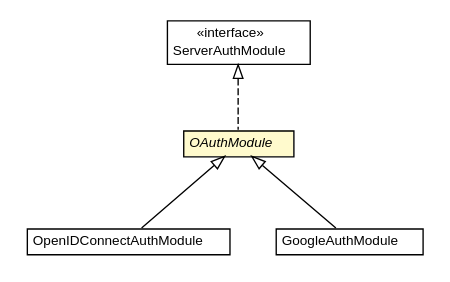
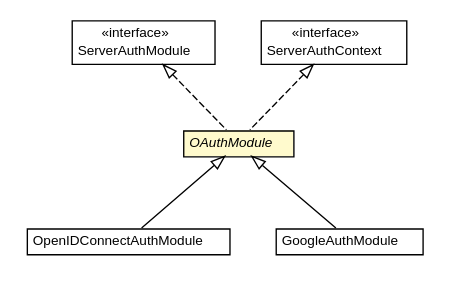
The diagram in apidocs/net/trajano/auth/OAuthModule.dot (trajano/server-auth-modules), drawn with Graphviz before and after one commit. The commit also changed 219 other files, not shown here.

```diff
--- a/apidocs/net/trajano/auth/OAuthModule.dot
+++ b/apidocs/net/trajano/auth/OAuthModule.dot
@@ -1,43 +1,52 @@
 #!/usr/local/bin/dot
 #
 # Class diagram 
 # Generated by UMLGraph version R5_6-24-gf6e263 (http://www.umlgraph.org/)
 #
 
 digraph G {
 	edge [fontname="Helvetica",fontsize=10,labelfontname="Helvetica",labelfontsize=10];
 	node [fontname="Helvetica",fontsize=10,shape=plaintext];
 	nodesep=0.25;
 	ranksep=0.5;
 	// net.trajano.auth.OAuthModule
-	c321 [label=<<table title="net.trajano.auth.OAuthModule" border="0" cellborder="1" cellspacing="0" cellpadding="2" port="p" bgcolor="lemonChiffon" href="./OAuthModule.html">
+	c462 [label=<<table title="net.trajano.auth.OAuthModule" border="0" cellborder="1" cellspacing="0" cellpadding="2" port="p" bgcolor="lemonChiffon" href="./OAuthModule.html">
 		<tr><td><table border="0" cellspacing="0" cellpadding="1">
 <tr><td align="center" balign="center"><font face="Helvetica-Oblique"> OAuthModule </font></td></tr>
 		</table></td></tr>
 		</table>>, URL="./OAuthModule.html", fontname="Helvetica", fontcolor="black", fontsize=10.0];
 	// net.trajano.auth.OpenIDConnectAuthModule
-	c322 [label=<<table title="net.trajano.auth.OpenIDConnectAuthModule" border="0" cellborder="1" cellspacing="0" cellpadding="2" port="p" href="./OpenIDConnectAuthModule.html">
+	c463 [label=<<table title="net.trajano.auth.OpenIDConnectAuthModule" border="0" cellborder="1" cellspacing="0" cellpadding="2" port="p" href="./OpenIDConnectAuthModule.html">
 		<tr><td><table border="0" cellspacing="0" cellpadding="1">
 <tr><td align="center" balign="center"> OpenIDConnectAuthModule </td></tr>
 		</table></td></tr>
 		</table>>, URL="./OpenIDConnectAuthModule.html", fontname="Helvetica", fontcolor="black", fontsize=10.0];
 	// net.trajano.auth.GoogleAuthModule
-	c323 [label=<<table title="net.trajano.auth.GoogleAuthModule" border="0" cellborder="1" cellspacing="0" cellpadding="2" port="p" href="./GoogleAuthModule.html">
+	c464 [label=<<table title="net.trajano.auth.GoogleAuthModule" border="0" cellborder="1" cellspacing="0" cellpadding="2" port="p" href="./GoogleAuthModule.html">
 		<tr><td><table border="0" cellspacing="0" cellpadding="1">
 <tr><td align="center" balign="center"> GoogleAuthModule </td></tr>
 		</table></td></tr>
 		</table>>, URL="./GoogleAuthModule.html", fontname="Helvetica", fontcolor="black", fontsize=10.0];
 	//net.trajano.auth.OAuthModule implements javax.security.auth.message.module.ServerAuthModule
-	c339:p -> c321:p [dir=back,arrowtail=empty,style=dashed];
+	c484:p -> c462:p [dir=back,arrowtail=empty,style=dashed];
+	//net.trajano.auth.OAuthModule implements javax.security.auth.message.config.ServerAuthContext
+	c485:p -> c462:p [dir=back,arrowtail=empty,style=dashed];
 	//net.trajano.auth.OpenIDConnectAuthModule extends net.trajano.auth.OAuthModule
-	c321:p -> c322:p [dir=back,arrowtail=empty];
+	c462:p -> c463:p [dir=back,arrowtail=empty];
 	//net.trajano.auth.GoogleAuthModule extends net.trajano.auth.OAuthModule
-	c321:p -> c323:p [dir=back,arrowtail=empty];
+	c462:p -> c464:p [dir=back,arrowtail=empty];
 	// javax.security.auth.message.module.ServerAuthModule
-	c339 [label=<<table title="javax.security.auth.message.module.ServerAuthModule" border="0" cellborder="1" cellspacing="0" cellpadding="2" port="p" href="http://java.sun.com/j2se/1.4.2/docs/api/javax/security/auth/message/module/ServerAuthModule.html">
+	c484 [label=<<table title="javax.security.auth.message.module.ServerAuthModule" border="0" cellborder="1" cellspacing="0" cellpadding="2" port="p" href="http://java.sun.com/j2se/1.4.2/docs/api/javax/security/auth/message/module/ServerAuthModule.html">
 		<tr><td><table border="0" cellspacing="0" cellpadding="1">
 <tr><td align="center" balign="center"> &#171;interface&#187; </td></tr>
 <tr><td align="center" balign="center"> ServerAuthModule </td></tr>
 		</table></td></tr>
 		</table>>, URL="http://java.sun.com/j2se/1.4.2/docs/api/javax/security/auth/message/module/ServerAuthModule.html", fontname="Helvetica", fontcolor="black", fontsize=10.0];
+	// javax.security.auth.message.config.ServerAuthContext
+	c485 [label=<<table title="javax.security.auth.message.config.ServerAuthContext" border="0" cellborder="1" cellspacing="0" cellpadding="2" port="p" href="http://java.sun.com/j2se/1.4.2/docs/api/javax/security/auth/message/config/ServerAuthContext.html">
+		<tr><td><table border="0" cellspacing="0" cellpadding="1">
+<tr><td align="center" balign="center"> &#171;interface&#187; </td></tr>
+<tr><td align="center" balign="center"> ServerAuthContext </td></tr>
+		</table></td></tr>
+		</table>>, URL="http://java.sun.com/j2se/1.4.2/docs/api/javax/security/auth/message/config/ServerAuthContext.html", fontname="Helvetica", fontcolor="black", fontsize=10.0];
 }
```
